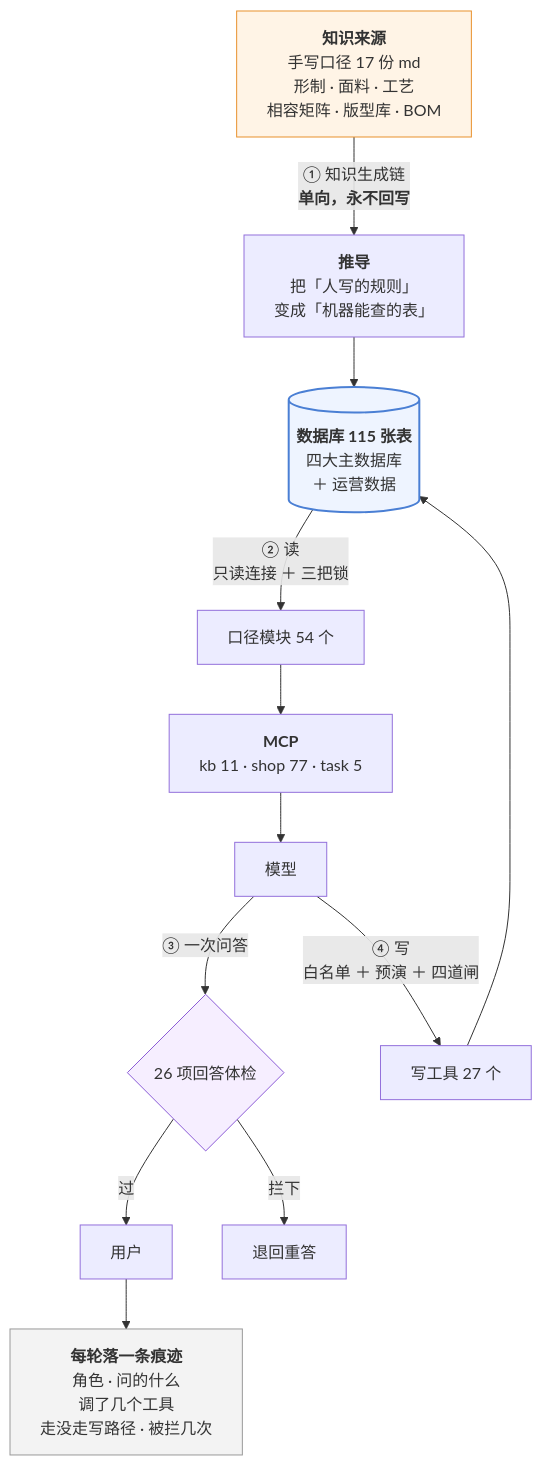
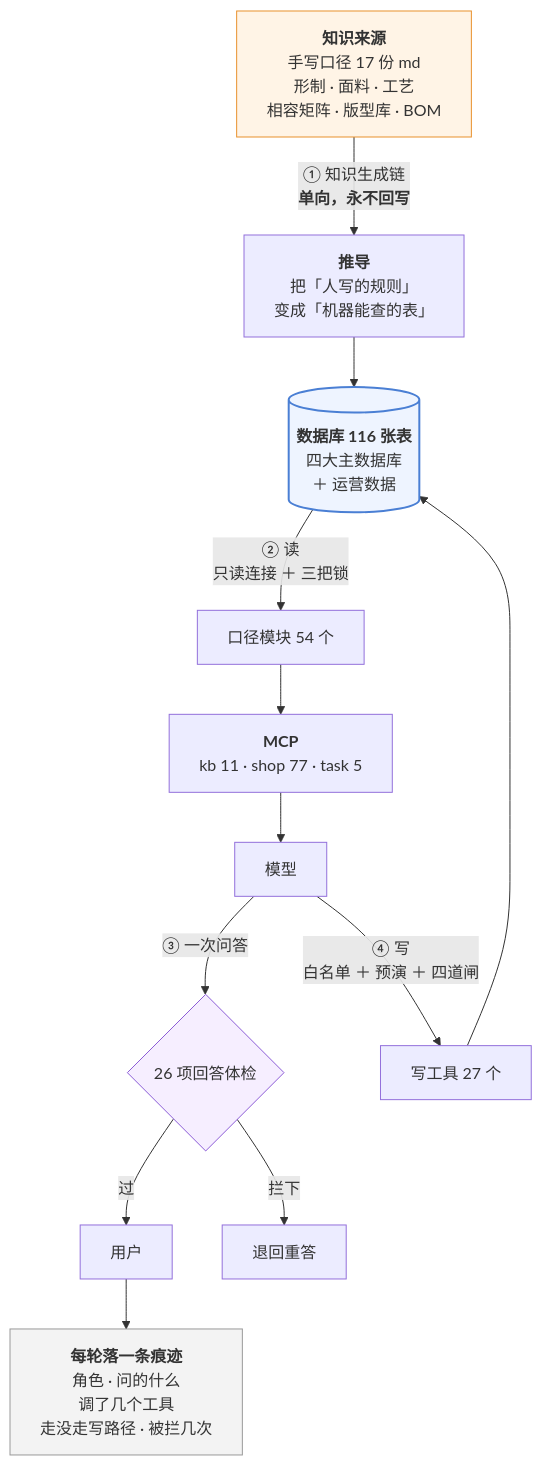
The third of 3 diagrams in 澜绣云裳agent-产品说明.md (843773296-rgb/lanxiu-yunshang-agent), drawn with Mermaid before and after one commit. The commit also changed other lines of this file and 8 other files, not shown here.

````diff
--- a/澜绣云裳agent-产品说明.md
+++ b/澜绣云裳agent-产品说明.md
@@ -969,24 +969,24 @@
 ```mermaid
 flowchart TD
     MD["<b>知识来源</b><br/>手写口径 17 份 md<br/>形制 · 面料 · 工艺<br/>相容矩阵 · 版型库 · BOM"]
     MD -->|"① 知识生成链<br/><b>单向，永不回写</b>"| DV["<b>推导</b><br/>把「人写的规则」<br/>变成「机器能查的表」"]
-    DV --> DB[("<b>数据库 115 张表</b><br/>四大主数据库<br/>＋ 运营数据")]
+    DV --> DB[("<b>数据库 116 张表</b><br/>四大主数据库<br/>＋ 运营数据")]
 
     DB -->|"② 读<br/>只读连接 ＋ 三把锁"| KJ["口径模块 54 个"]
     KJ --> MCP["<b>MCP</b><br/>kb 11 · shop 77 · task 5"]
     MCP --> LLM["模型"]
 
     LLM -->|"③ 一次问答"| GD{"26 项回答体检"}
     GD -- 过 --> U["用户"]
     GD -- 拦下 --> RE["退回重答"]
 
     LLM -->|"④ 写<br/>白名单 ＋ 预演 ＋ 四道闸"| W["写工具 27 个"]
     W --> DB
 
     U --> TR["<b>每轮落一条痕迹</b><br/>角色 · 问的什么<br/>调了几个工具<br/>走没走写路径 · 被拦几次"]
 
     style MD fill:#fff4e6,stroke:#e8912d
     style DB fill:#eef4ff,stroke:#4a7fd4,stroke-width:2px
     style GD fill:#f6eeff,stroke:#8b5cd6
     style TR fill:#f3f3f3,stroke:#999
 ```
````
